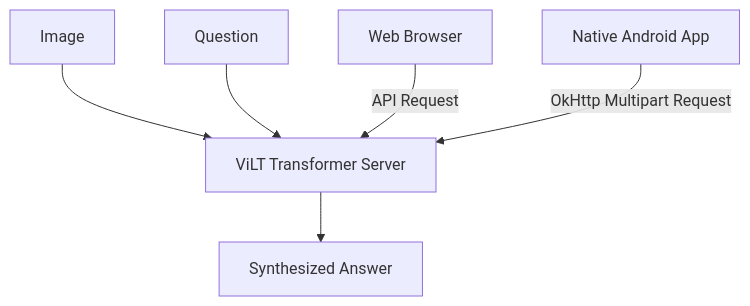
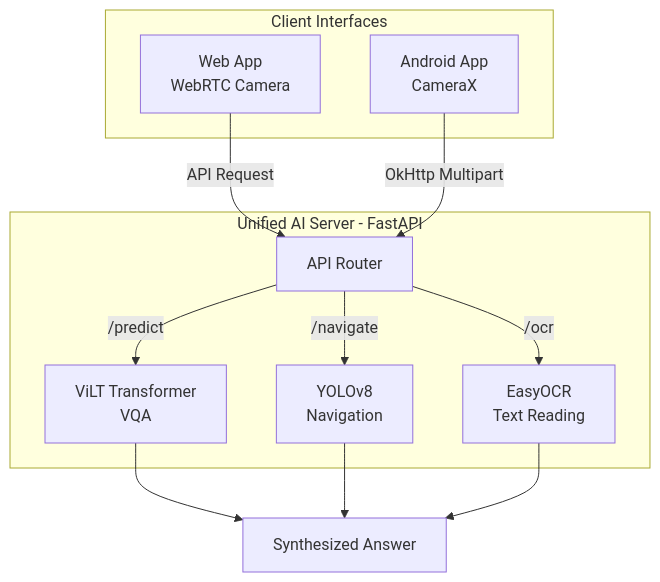
One commit to avinav2401/VISUAL-QUESTION-ANSWERING changed the diagram in README.md. Above: the diagram before and after it, drawn with Mermaid.

Commit message:
Update README architecture diagram

````diff
--- a/README.md
+++ b/README.md
@@ -62,9 +62,25 @@
 ```mermaid
 graph TD
-    A[Image] --> B[ViLT Transformer Server]
-    C[Question] --> B
-    B --> D[Synthesized Answer]
-    
-    E[Web Browser] --> |API Request| B
-    F[Native Android App] --> |OkHttp Multipart Request| B
+    subgraph Frontend [Client Interfaces]
+        E[Web App <br> WebRTC Camera]
+        F[Android App <br> CameraX]
+    end
+
+    subgraph Backend [Unified AI Server - FastAPI]
+        B[API Router]
+        V[ViLT Transformer <br> VQA]
+        Y[YOLOv8 <br> Navigation]
+        O[EasyOCR <br> Text Reading]
+    end
+
+    E -->|API Request| B
+    F -->|OkHttp Multipart| B
+
+    B -->|/predict| V
+    B -->|/navigate| Y
+    B -->|/ocr| O
+
+    V --> D[Synthesized Answer]
+    Y --> D
+    O --> D
 ```
````
